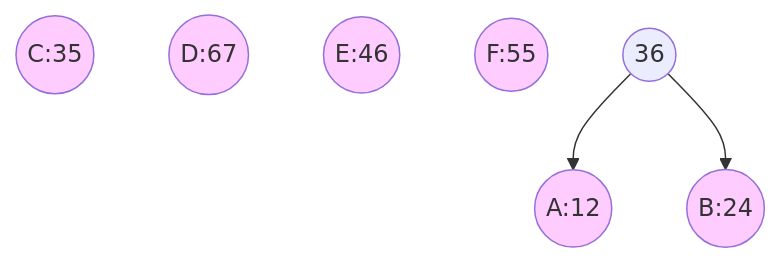
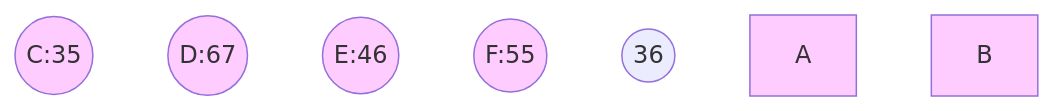
The second of 7 diagrams in DataStructures/Tree/BinaryTree/2020-01-16-哈夫曼树.md (dmjcb/SelfBlog), drawn with Mermaid before and after one commit. The commit also changed other lines of this file and 224 other files, not shown here.

````diff
--- a/DataStructures/Tree/BinaryTree/2020-01-16-哈夫曼树.md
+++ b/DataStructures/Tree/BinaryTree/2020-01-16-哈夫曼树.md
@@ -48,19 +48,17 @@
 ```mermaid
 graph TB
     C((C:35))
     D((D:67))
     E((E:46))
     F((F:55))
 
     X((36)) 
-    X --> A((A:12))
-    X --> B((B:24))
 
     A:::Style
     B:::Style
     C:::Style
     D:::Style
     E:::Style
     F:::Style
     classDef Style fill:#FFCCFF
 ```
````
